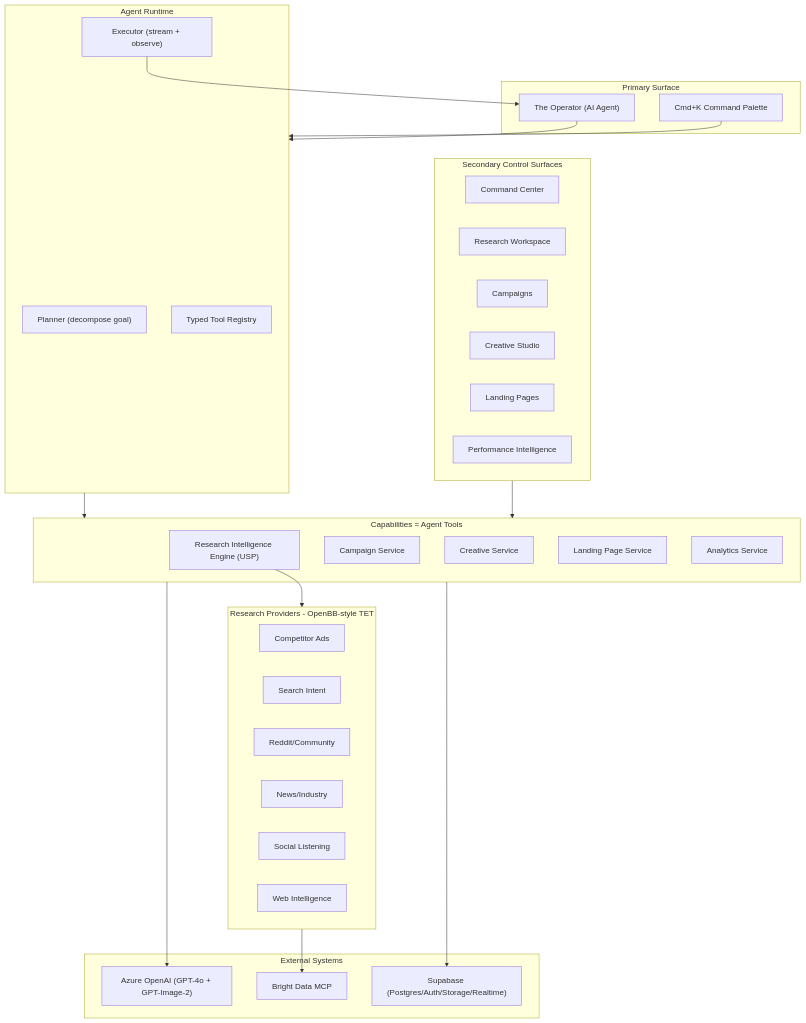
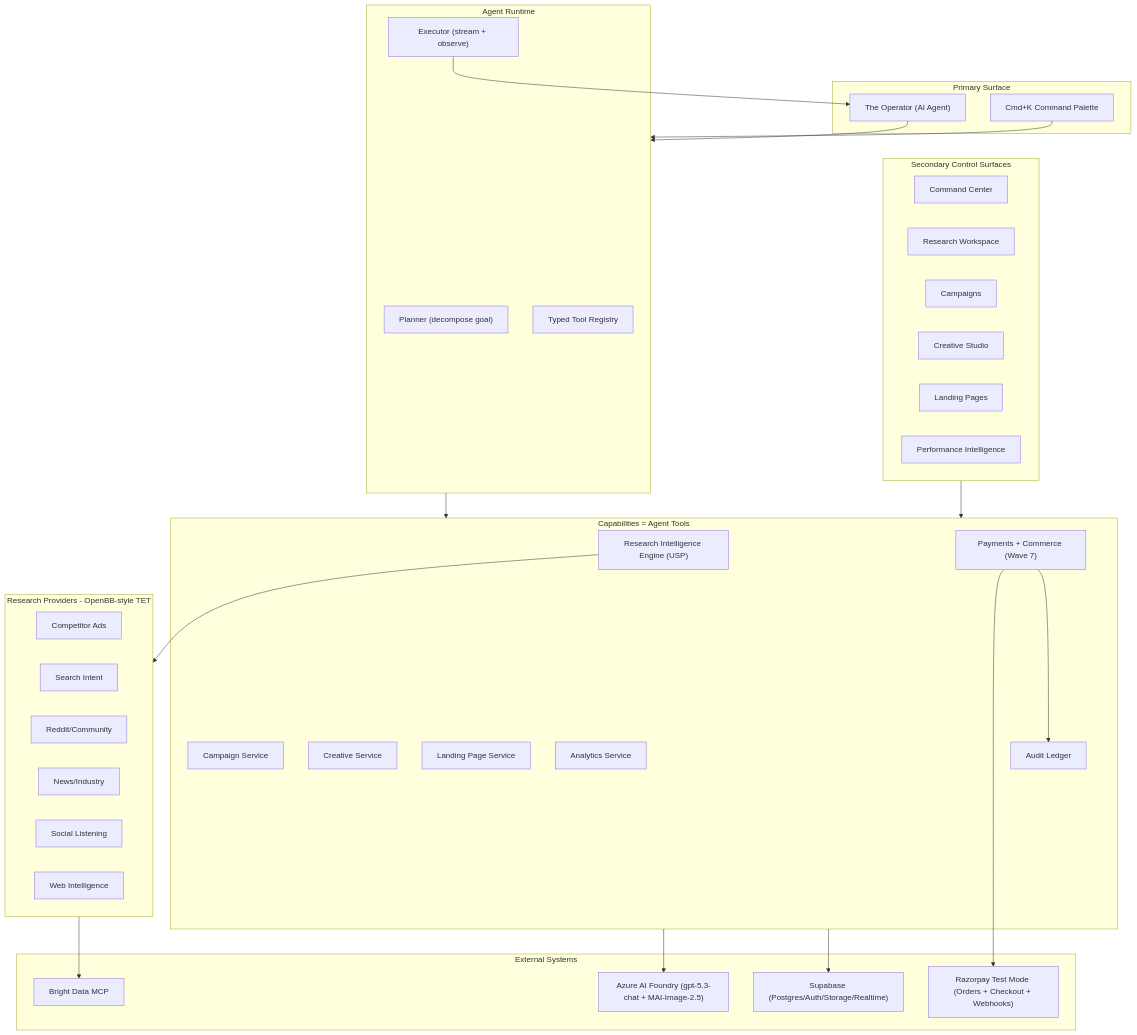
One commit to Adit-Jain-srm/Razorpay-AI-Builder changed the first of 3 diagrams in Docs/architecture.md. Above: the diagram before and after it, drawn with Mermaid. The commit also changed other lines of this file and 5 other files, not shown here.

````diff
--- a/Docs/architecture.md
+++ b/Docs/architecture.md
@@ -24,55 +29,60 @@
 ```mermaid
 flowchart TB
     subgraph surface [Primary Surface]
         Operator["The Operator (AI Agent)"]
         CmdK["Cmd+K Command Palette"]
     end
 
     subgraph cockpit [Secondary Control Surfaces]
         Dashboard[Command Center]
         ResearchUI[Research Workspace]
         Campaigns[Campaigns]
         Creatives[Creative Studio]
         Pages[Landing Pages]
         Intel[Performance Intelligence]
     end
 
     subgraph runtime [Agent Runtime]
         Planner["Planner (decompose goal)"]
         ToolRegistry["Typed Tool Registry"]
         Executor["Executor (stream + observe)"]
     end
 
     subgraph capabilities [Capabilities = Agent Tools]
         ResearchEngine["Research Intelligence Engine (USP)"]
         CampaignSvc[Campaign Service]
         CreativeSvc[Creative Service]
         LandingSvc[Landing Page Service]
         AnalyticsSvc[Analytics Service]
+        PaymentsSvc["Payments + Commerce (Wave 7)"]
+        AuditSvc["Audit Ledger"]
     end
 
     subgraph providers [Research Providers - OpenBB-style TET]
         CompAds[Competitor Ads]
         Intent[Search Intent]
         Community[Reddit/Community]
         NewsP[News/Industry]
         SocialP[Social Listening]
         WebP[Web Intelligence]
     end
 
     subgraph external [External Systems]
-        Azure["Azure OpenAI (GPT-4o + GPT-Image-2)"]
+        Azure["Azure AI Foundry (gpt-5.3-chat + MAI-Image-2.5)"]
         BrightData["Bright Data MCP"]
         Supabase["Supabase (Postgres/Auth/Storage/Realtime)"]
+        Razorpay["Razorpay Test Mode (Orders + Checkout + Webhooks)"]
     end
 
     Operator --> runtime
     CmdK --> runtime
     runtime --> capabilities
     cockpit --> capabilities
     ResearchEngine --> providers
     providers --> BrightData
     capabilities --> Azure
     capabilities --> Supabase
+    PaymentsSvc --> Razorpay
+    PaymentsSvc --> AuditSvc
     Executor --> Operator
 ```
````
